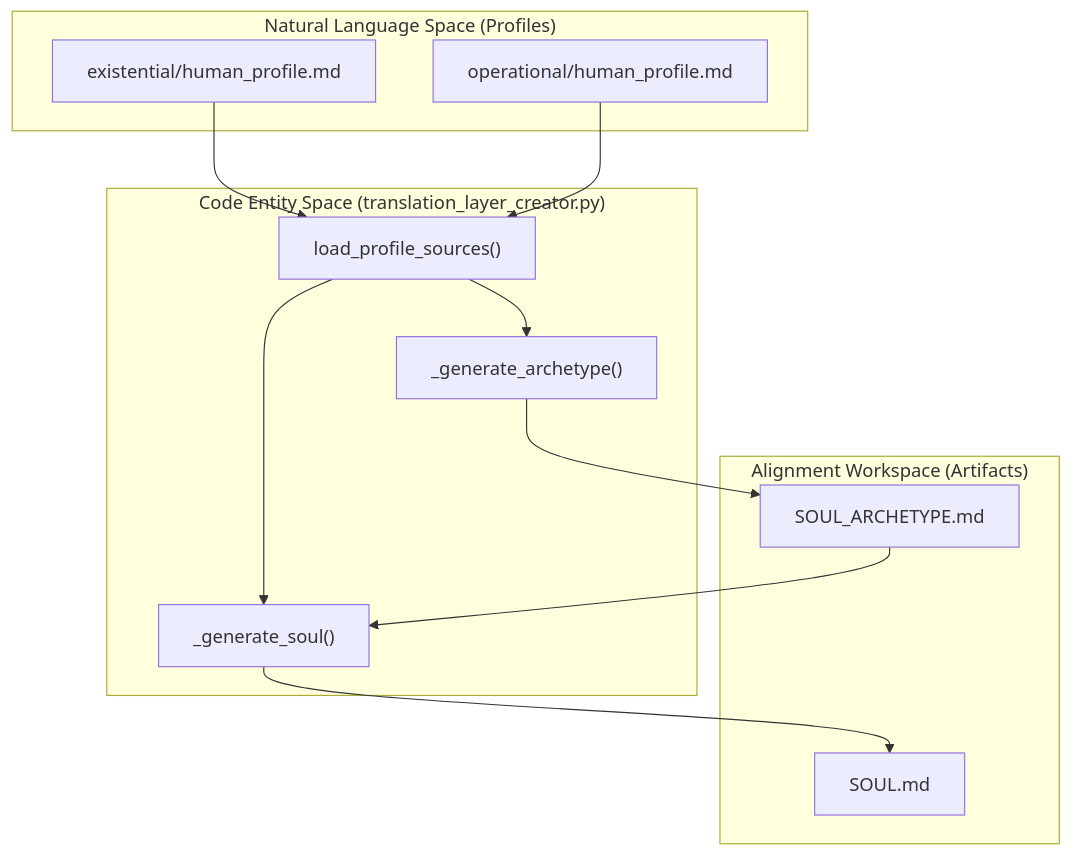
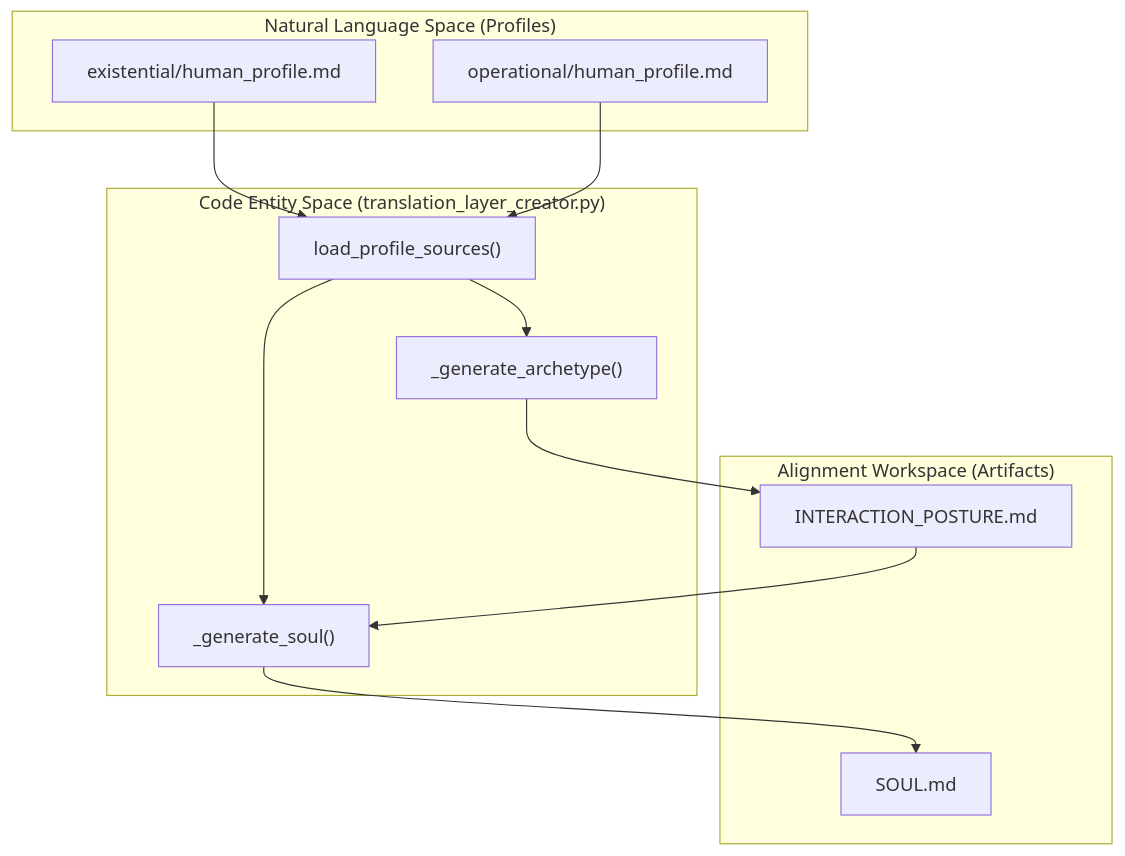
The first of 2 diagrams in docs/Alignment-Artifacts-SOUL,-Archetype,-and-Alignment-Spec.md (Cody-W-Tucker/Cognitive-Assistant), drawn with Mermaid before and after one commit. The commit also changed other lines of this file and 54 other files, not shown here.

````diff
--- a/docs/Alignment-Artifacts-SOUL,-Archetype,-and-Alignment-Spec.md
+++ b/docs/Alignment-Artifacts-SOUL,-Archetype,-and-Alignment-Spec.md
@@ -45,23 +45,23 @@
 ```mermaid
 flowchart TD
     subgraph subGraph2 ["Alignment Workspace (Artifacts)"]
-        AT["SOUL_ARCHETYPE.md"]
+        AT["INTERACTION_POSTURE.md"]
         SL["SOUL.md"]
     end
     subgraph subGraph1 ["Code Entity Space (translation_layer_creator.py)"]
         LC["load_profile_sources()"]
         GA["_generate_archetype()"]
         GS["_generate_soul()"]
     end
     subgraph subGraph0 ["Natural Language Space (Profiles)"]
         EP["existential/human_profile.md"]
         OP["operational/human_profile.md"]
     end
     EP --> LC
     OP --> LC
     LC --> GA
     GA --> AT
     AT --> GS
     LC --> GS
     GS --> SL
 ```
````
